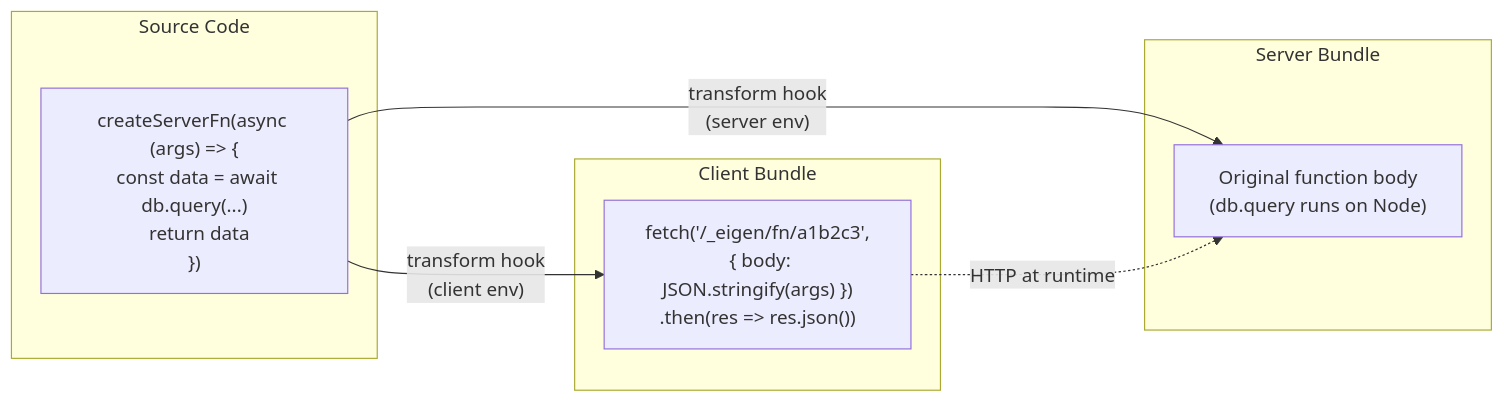
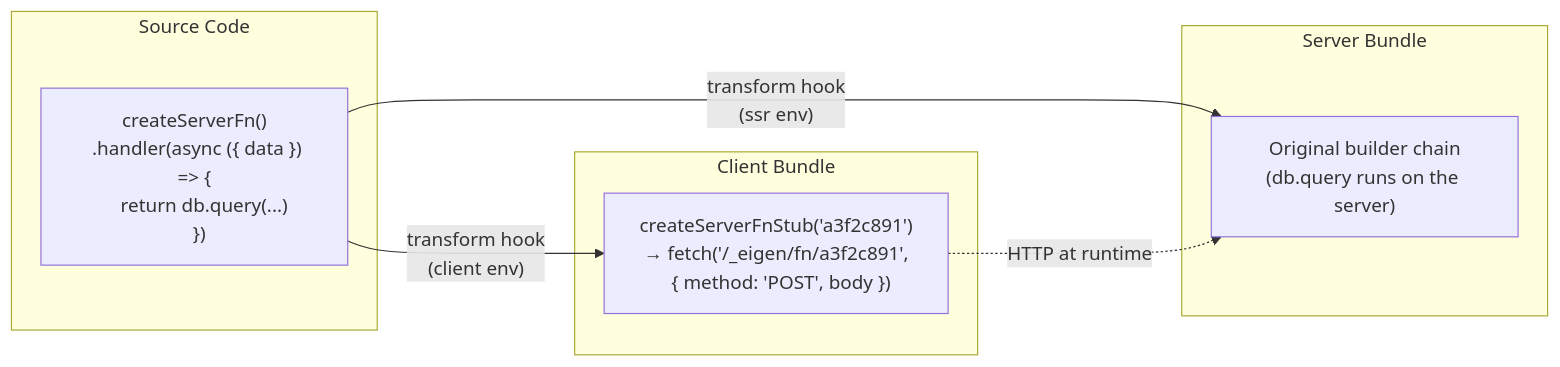
One commit to adamhake/eigen changed the diagram in apps/tutorial/src/content/15-server-functions.mdx. Above: the diagram before and after it, drawn with Mermaid. The commit also changed other lines of this file and 42 other files, not shown here.

````diff
--- a/apps/tutorial/src/content/15-server-functions.mdx
+++ b/apps/tutorial/src/content/15-server-functions.mdx
@@ -52,18 +64,18 @@
 ```mermaid
 flowchart LR
     subgraph Source["Source Code"]
-        A["createServerFn(async (args) => {\n  const data = await db.query(...)\n  return data\n})"]
+        A["createServerFn()\n  .handler(async ({ data }) => {\n    return db.query(...)\n  })"]
     end
 
     subgraph Server["Server Bundle"]
-        B["Original function body\n(db.query runs on Node)"]
+        B["Original builder chain\n(db.query runs on the server)"]
     end
 
     subgraph Client["Client Bundle"]
-        C["fetch('/_eigen/fn/a1b2c3',\n  { body: JSON.stringify(args) })\n.then(res => res.json())"]
+        C["createServerFnStub('a3f2c891')\n→ fetch('/_eigen/fn/a3f2c891',\n  { method: 'POST', body })"]
     end
 
-    A -->|"transform hook\n(server env)"| B
+    A -->|"transform hook\n(ssr env)"| B
     A -->|"transform hook\n(client env)"| C
     C -.->|"HTTP at runtime"| B
 ```
````
